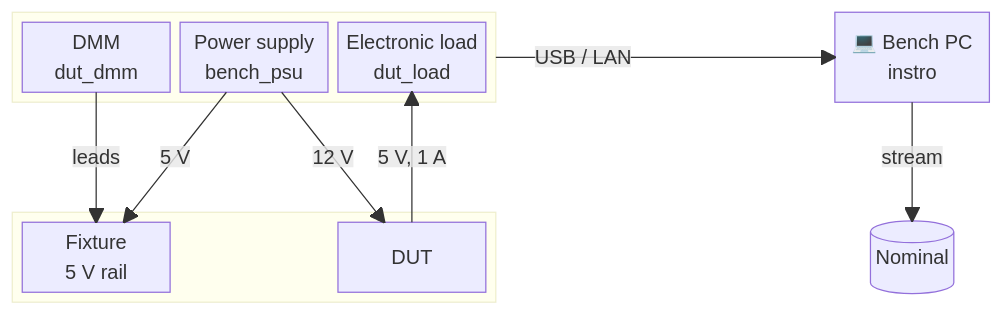
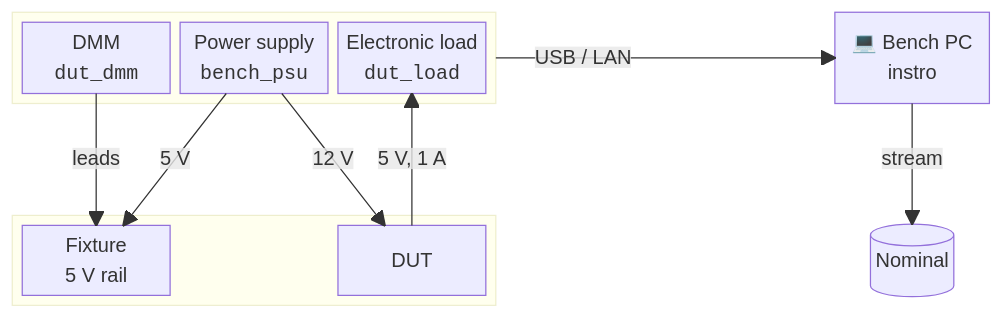
Before and after one commit to nominal-io/nbdemo: the diagram in notebooks/bench_bringup.md, drawn with Mermaid.

Commit message:
docs(bench): show instro names as code in the diagram

````diff
--- a/notebooks/bench_bringup.md
+++ b/notebooks/bench_bringup.md
@@ -32,23 +32,23 @@
 ```mermaid
 block-beta
   columns 6
   block:shelf:3
     columns 3
-    dmm["DMM<br>dut_dmm"] psu["Power supply<br>bench_psu"] load["Electronic load<br>dut_load"]
+    dmm["DMM<br><code>dut_dmm</code>"] psu["Power supply<br><code>bench_psu</code>"] load["Electronic load<br><code>dut_load</code>"]
   end
   space:2
   pc["💻 Bench PC<br>instro"]
   space:6
   block:fixture:3
     columns 3
     rail["Fixture<br>5 V rail"] space dut["DUT"]
   end
   space:2
   nominal[("Nominal")]
   dmm -- "leads" --> rail
   psu -- "5 V" --> rail
   psu -- "12 V" --> dut
   dut -- "5 V, 1 A" --> load
   shelf -- "USB / LAN" --> pc
   pc -- "stream" --> nominal
 ```
````
